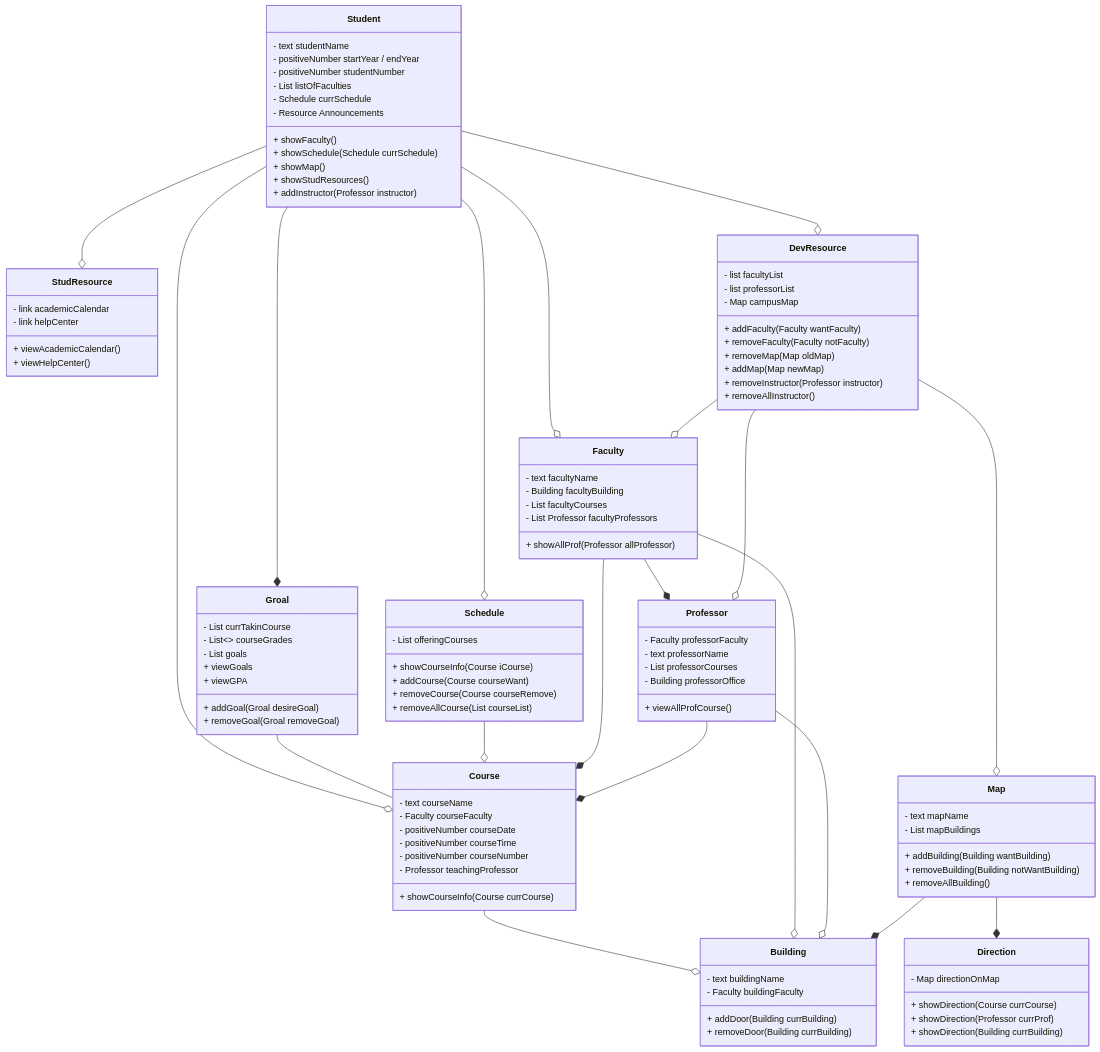
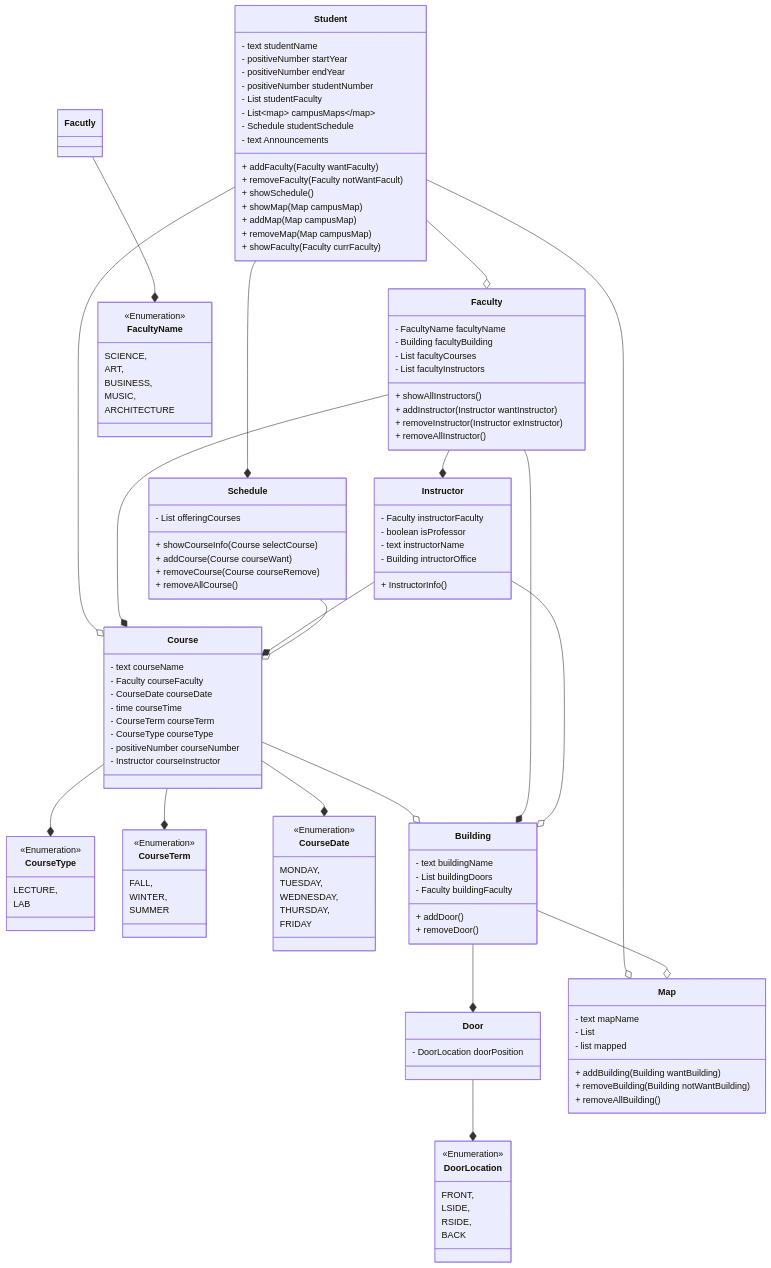
The diagram in README.md (danii-ella/COMP2450), drawn with Mermaid before and after one commit.

Commit message:
First 1.1 Domain Model

````diff
--- a/README.md
+++ b/README.md
@@ -17,127 +17,135 @@
 classDiagram
     class Student{
         - text studentName
-        - positiveNumber startYear / endYear
+        - positiveNumber startYear 
+        - positiveNumber endYear
         - positiveNumber studentNumber
-        - List<Faculty>  listOfFaculties
-        - Schedule currSchedule
-        - Resource Announcements
-        + showFaculty()
-        + showSchedule (Schedule currSchedule)
-        + showMap()
-        + showStudResources()
-        + addInstructor(Professor instructor)
+        - List<Faculty> studentFaculty
+        - List<Map> campusMaps
+        - Schedule studentSchedule
+        - text Announcements
+        + addFaculty(Faculty wantFaculty)
+        + removeFaculty(Faculty notWantFacult)
+        + showSchedule()
+        + showMap(Map campusMap)
+        + addMap(Map campusMap)
+        + removeMap(Map campusMap)
+        + showFaculty(Faculty currFaculty)
     }
 
     class Course{
         - text courseName
         - Faculty courseFaculty
-        - positiveNumber courseDate
-        - positiveNumber courseTime
+        - CourseDate courseDate
+        - time courseTime
+        - CourseTerm courseTerm
+        - CourseType courseType
         - positiveNumber courseNumber
-        - Professor teachingProfessor
-        + showCourseInfo (Course currCourse)
+        - Instructor courseInstructor
+        
 
+    }
+    class CourseType<<Enumeration>>{
+        LECTURE,
+        LAB
+    }
+    class CourseTerm<<Enumeration>>{
+        FALL,
+        WINTER,
+        SUMMER
+    }
+    class CourseDate<<Enumeration>>{
+        MONDAY,
+        TUESDAY,
+        WEDNESDAY,
+        THURSDAY,
+        FRIDAY
     }
 
     class Faculty{
-        - text facultyName
+        - FacultyName facultyName
         - Building facultyBuilding
-        - List<Faculty> facultyCourses
-        - List Professor facultyProfessors
-        + showAllProf (Professor<ArrayList> allProfessor)
+        - List<Course> facultyCourses
+        - List<Instructor> facultyInstructors
+        + showAllInstructors()
+        + addInstructor(Instructor wantInstructor)
+        + removeInstructor(Instructor exInstructor)
+        + removeAllInstructor()
     }
+    class FacultyName<<Enumeration>>{
+        SCIENCE,
+        ART,
+        BUSINESS,
+        MUSIC,
+        ARCHITECTURE
+    }  
 
-    class Professor{
-        - Faculty professorFaculty
-        - text professorName
-        - List<Course> professorCourses
-        - Building professorOffice
-        + viewAllProfCourse()
+    
+    class Instructor{
+        - Faculty instructorFaculty
+        - boolean isProfessor
+        - text instructorName
+        - Building intructorOffice
+        + InstructorInfo()
     }
 
     class Building{
         - text buildingName
+        - List<Door> buildingDoors
         - Faculty buildingFaculty
-        + addDoor (Building currBuilding)
-        + removeDoor (Building currBuilding)
+        + addDoor()
+        + removeDoor()
     }
+    
+    class Door{
+        - DoorLocation doorPosition
+    }
+    class DoorLocation<<Enumeration>>{
+        FRONT,
+        LSIDE,
+        RSIDE,
+        BACK
+    }  
 
     class Map{
         - text mapName
-        - List<Buildings> mapBuildings
-        + addBuilding (Building wantBuilding)
-        + removeBuilding (Building notWantBuilding)
+        - List<text> buildingsOnMap
+        - list<Building> mapped
+        + addBuilding(Building wantBuilding)
+        + removeBuilding(Building notWantBuilding)
         + removeAllBuilding()
     }
 
     class Schedule{
         - List<Course> offeringCourses
-        + showCourseInfo(Course iCourse)
+        + showCourseInfo(Course selectCourse)
         + addCourse(Course courseWant)
-        + removeCourse (Course courseRemove)
-        + removeAllCourse (List<Course> courseList)
-    }
-
-    class StudResource{
-        - link academicCalendar
-        - link helpCenter
-        + viewAcademicCalendar()
-        + viewHelpCenter()
-
-
-    }
-
-    class DevResource{
-        - list<Faculty> facultyList
-        - list<Professor> professorList
-        - Map campusMap
-        + addFaculty (Faculty wantFaculty)
-        + removeFaculty (Faculty notFaculty)
-        + removeMap(Map oldMap)
-        + addMap(Map newMap)
-        + removeInstructor(Professor instructor)
-        + removeAllInstructor()
+        + removeCourse(Course courseRemove)
+        + removeAllCourse()
+       
     }
 
 
-    class Groal{
-        - List<Course> currTakinCourse
-        - List<> courseGrades
-        - List<number/letter> goals
-        + addGoal (Groal desireGoal)
-        + removeGoal (Groal removeGoal)
-        + viewGoals
-        + viewGPA
-
-    }
-
-    class Direction{
-        - Map directionOnMap
-        + showDirection (Course currCourse)
-        + showDirection (Professor currProf)
-        + showDirection (Building currBuilding)
-
-    }
-
     %%Relationships
     Student --o Course
-    Student --o StudResource
-    Student --* Groal
     Student --o Faculty
-    Student --o Schedule
+    Student --o Map
+    Student --* Schedule
+    Faculty --* Course
     Course --o Building
-    Faculty --o Building
-    Groal -- Course
-    Professor --o Building
-    Student --o DevResource
+    Faculty --* Instructor
+    Faculty --* Building
+    Instructor --* Course
+    Instructor --o Building
+    Building --* Door
+    Building --o Map
     Schedule --o Course
-    Faculty --* Course
-    Map --* Building
-    Map --* Direction
-    Professor --* Course
-    Faculty --* Professor
-    DevResource --o Map
-    DevResource --o Faculty
-    DevResource --o Professor
+    
+    Course --* CourseType
+    Course --* CourseTerm
+    Course --* CourseDate
+    Door --* DoorLocation
+    Facutly --* FacultyName
+    
+   
 ```
````
